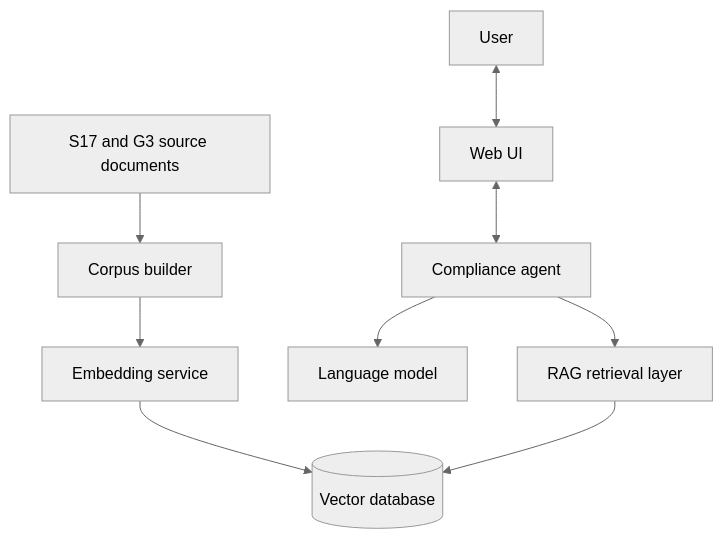
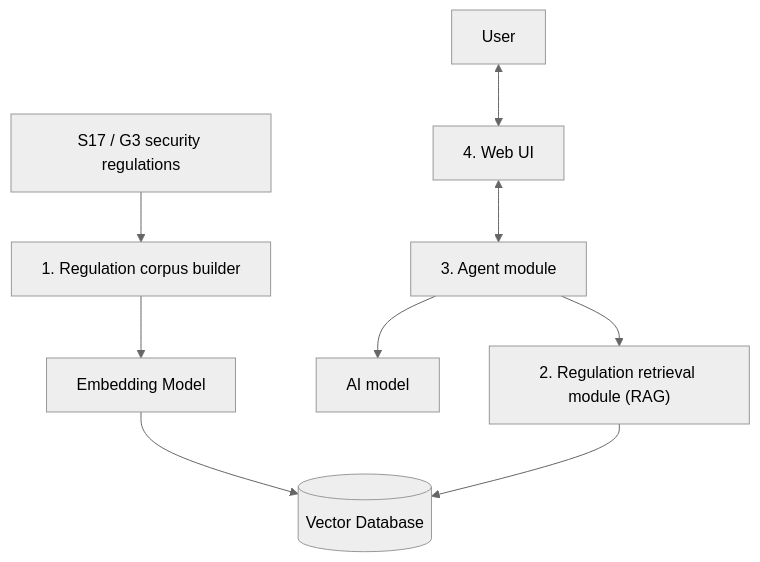
The first of 3 diagrams in docs/FRAMEWORK.md (Bymtriax/AI-LLM-assisted-Security-Compliance-Review), drawn with Mermaid (neutral theme) before and after one commit. The commit also changed other lines of this file, not shown here.

````diff
--- a/docs/FRAMEWORK.md
+++ b/docs/FRAMEWORK.md
@@ -19,12 +21,12 @@
 ```mermaid
 flowchart TB
-    standards["S17 and G3 source documents"] --> builder["Corpus builder"]
-    builder --> embedding["Embedding service"]
-    embedding --> database[("Vector database")]
+    S["S17 / G3 security regulations"] --> B["1. Regulation corpus builder"]
+    B --> E["Embedding Model"]
+    E --> V[("Vector Database")]
 
-    user["User"] <--> web["Web UI"]
-    web <--> agent["Compliance agent"]
-    agent --> model["Language model"]
-    agent --> rag["RAG retrieval layer"]
-    rag --> database
+    U["User"] <--> W["4. Web UI"]
+    W <--> A["3. Agent module"]
+    A --> L["AI model"]
+    A --> R["2. Regulation retrieval module (RAG)"]
+    R --> V
 ```
````
